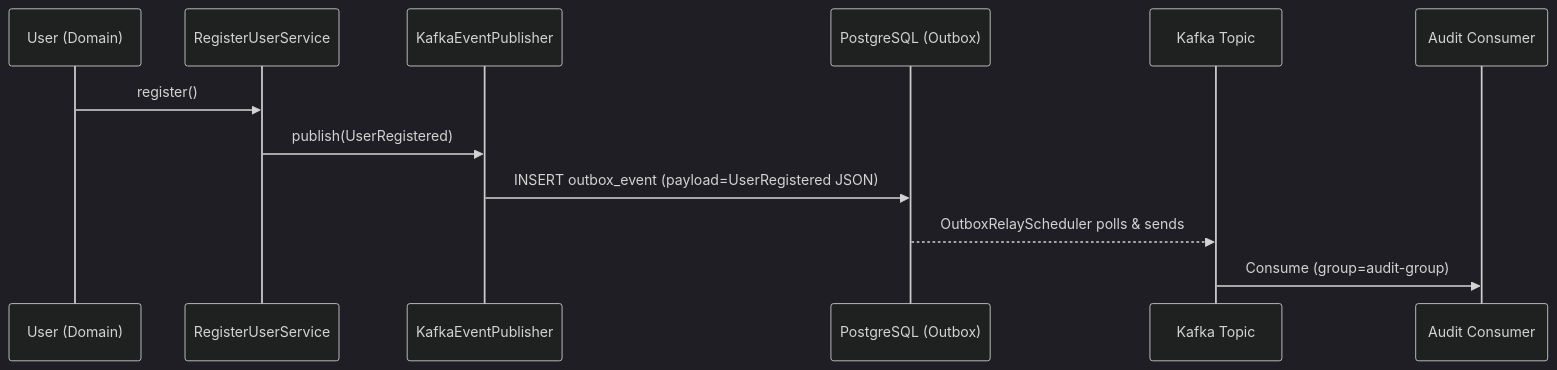
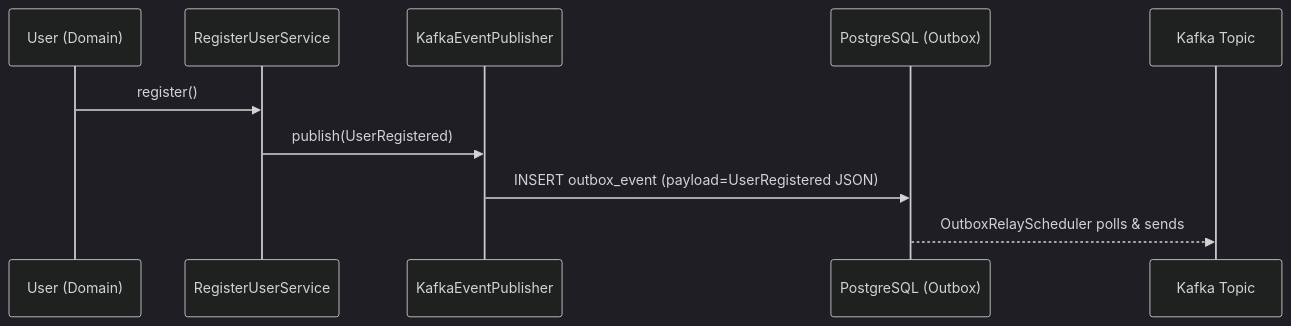
One commit to AlexAlvarezGallardo-GitHub/Aegis changed the second of 2 diagrams in docs/obsidian/03 - Domain Events/UserRegistered.md. Above: the diagram before and after it, drawn with Mermaid (dark theme). The commit also changed other lines of this file and 87 other files, not shown here.

````diff
--- a/docs/obsidian/03 - Domain Events/UserRegistered.md
+++ b/docs/obsidian/03 - Domain Events/UserRegistered.md
@@ -25,15 +21,13 @@
 ```mermaid
 sequenceDiagram
     participant User as User (Domain)
     participant Svc as RegisterUserService
     participant Pub as KafkaEventPublisher
     participant DB as PostgreSQL (Outbox)
     participant Kafka as Kafka Topic
-    participant Audit as Audit Consumer
 
     User->>Svc: register()
     Svc->>Pub: publish(UserRegistered)
     Pub->>DB: INSERT outbox_event (payload=UserRegistered JSON)
     DB-->>Kafka: OutboxRelayScheduler polls & sends
-    Kafka->>Audit: Consume (group=audit-group)
 ```
````
